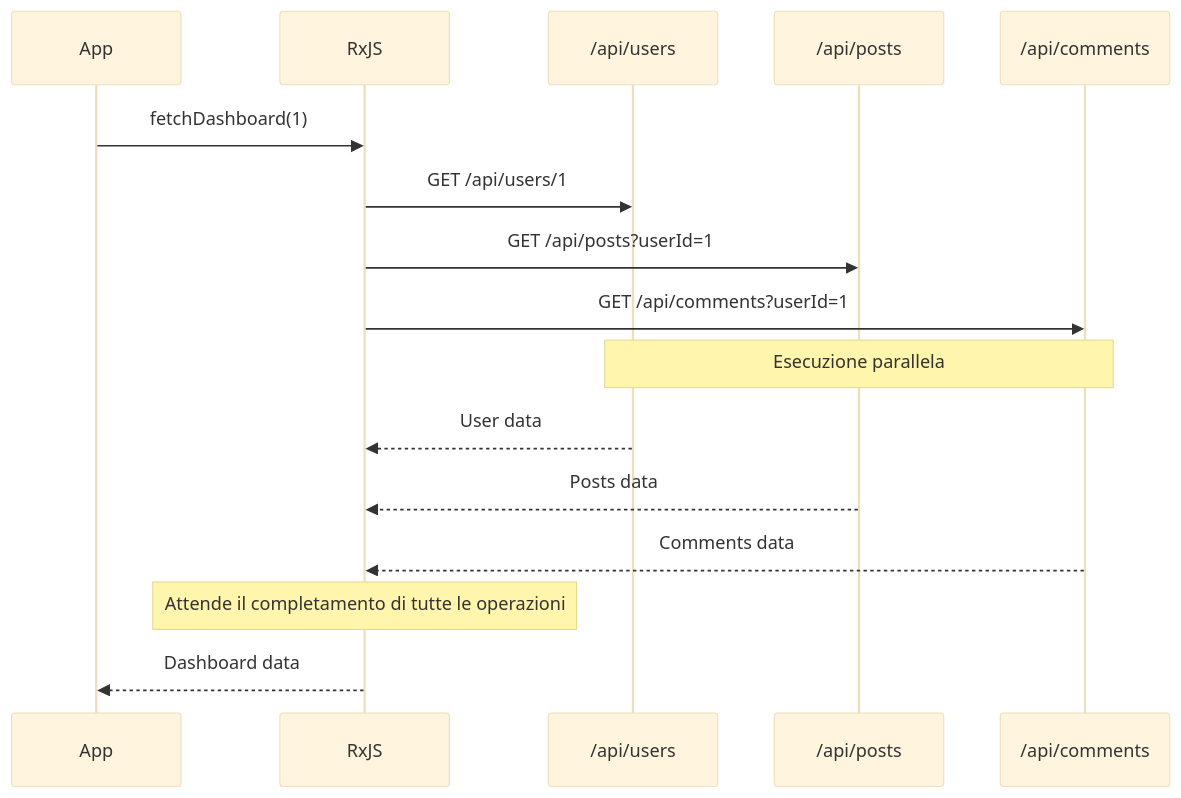
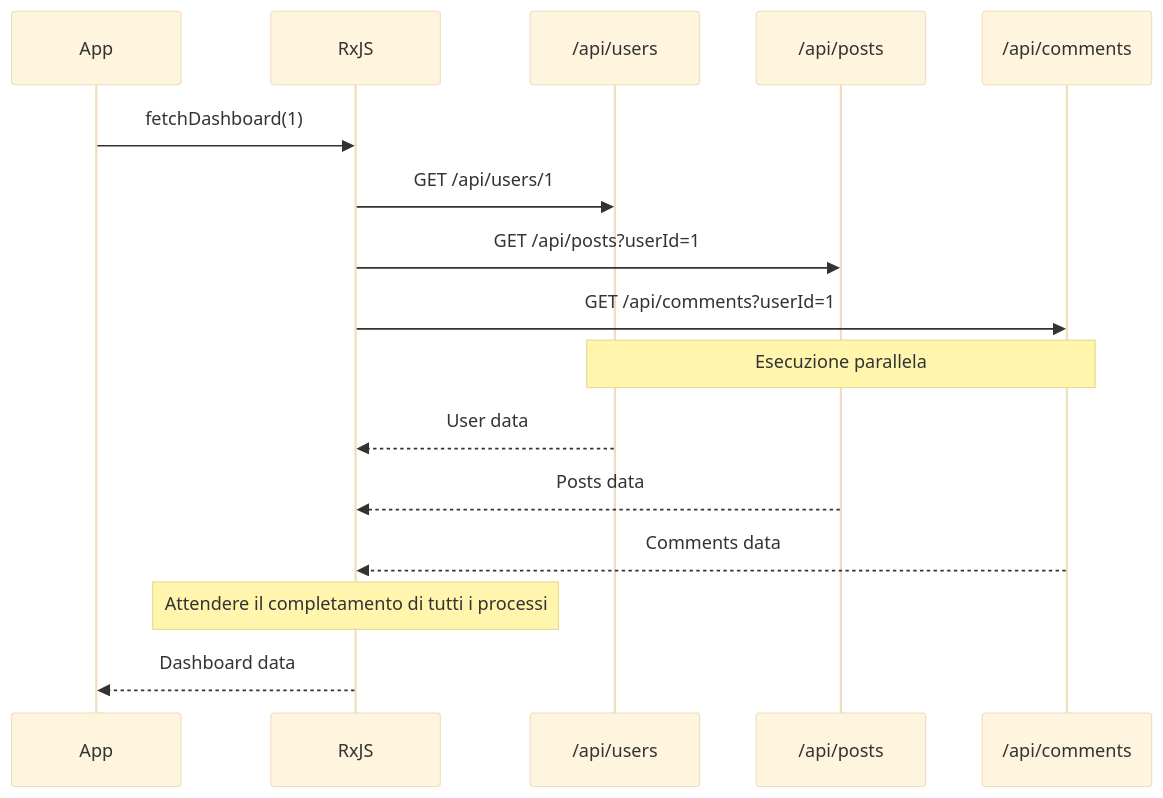
The first of 2 diagrams in docs/it/guide/practical-patterns/api-calls.md (shuji-bonji/RxJS-with-TypeScript), drawn with Mermaid (base theme) before and after one commit. The commit also changed other lines of this file and 61 other files, not shown here.

````diff
--- a/docs/it/guide/practical-patterns/api-calls.md
+++ b/docs/it/guide/practical-patterns/api-calls.md
@@ -259,23 +368,23 @@
 ```mermaid
 sequenceDiagram
     participant App
     participant RxJS
     participant API1 as /api/users
     participant API2 as /api/posts
     participant API3 as /api/comments
 
     App->>RxJS: fetchDashboard(1)
     RxJS->>API1: GET /api/users/1
     RxJS->>API2: GET /api/posts?userId=1
     RxJS->>API3: GET /api/comments?userId=1
 
     Note over API1,API3: Esecuzione parallela
 
     API1-->>RxJS: User data
     API2-->>RxJS: Posts data
     API3-->>RxJS: Comments data
 
-    Note over RxJS: Attende il completamento di tutte le operazioni
+    Note over RxJS: Attendere il completamento di tutti i processi
 
     RxJS-->>App: Dashboard data
 ```
````
